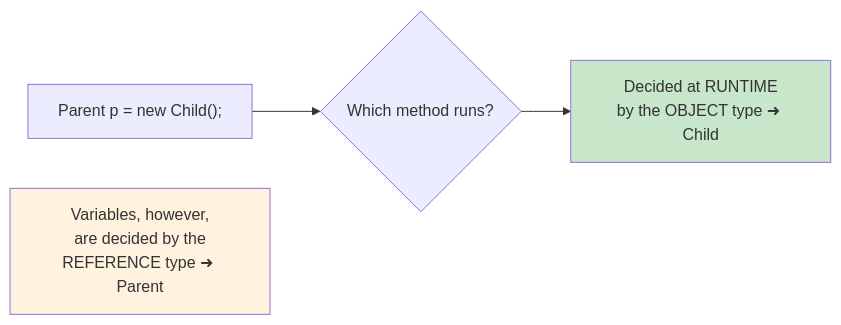
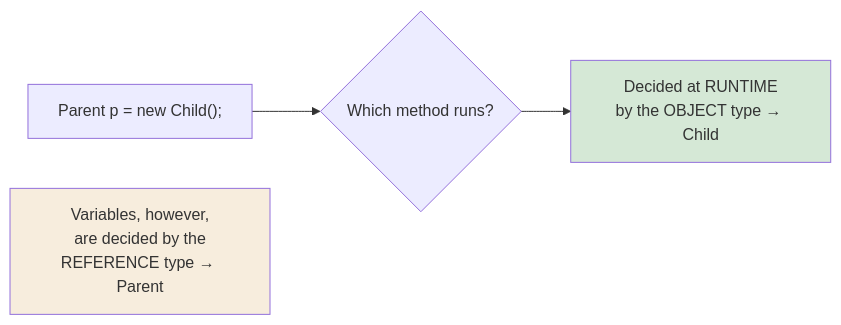
One commit to kundankumarsharma56/Leaning-Java changed the second of 2 diagrams in src/Theory/06-OOPS-Part-2/04-Polymorphism.md. Above: the diagram before and after it, drawn with Mermaid. The commit also changed other lines of this file and 84 other files, not shown here.

````diff
--- a/src/Theory/06-OOPS-Part-2/04-Polymorphism.md
+++ b/src/Theory/06-OOPS-Part-2/04-Polymorphism.md
@@ -43,8 +43,8 @@
 ```mermaid
 flowchart LR
     R["Parent p = new Child();"] --> D{"Which method runs?"}
-    D --> A["Decided at RUNTIME<br/>by the OBJECT type ➜ Child"]
-    N["Variables, however,<br/>are decided by the<br/>REFERENCE type ➜ Parent"]
-    style A fill:#c8e6c9
-    style N fill:#fff3e0
+    D --> A["Decided at RUNTIME<br/>by the OBJECT type → Child"]
+    N["Variables, however,<br/>are decided by the<br/>REFERENCE type → Parent"]
+    style A fill:#d5e8d6
+    style N fill:#f7eddd
 ```
````
